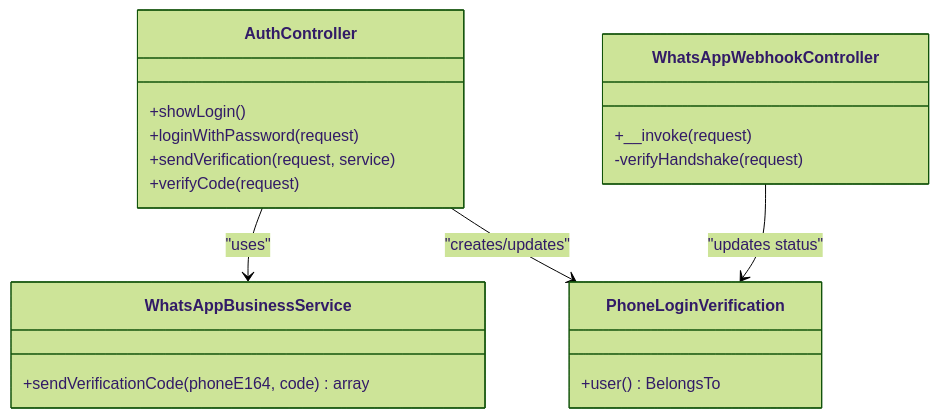
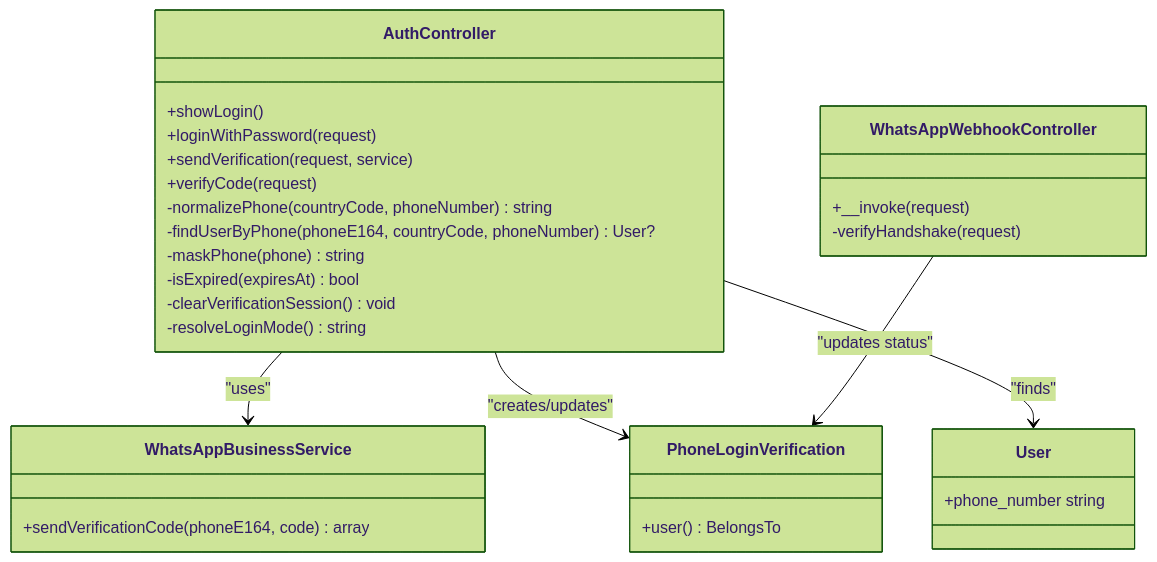
The third of 3 diagrams in .qoder/repowiki/en/content/API Documentation/Authentication API.md (rudicatsmile/assesment360), drawn with Mermaid (forest theme) before and after one commit. The commit also changed other lines of this file and 5 other files, not shown here.

````diff
--- a/.qoder/repowiki/en/content/API Documentation/Authentication API.md
+++ b/.qoder/repowiki/en/content/API Documentation/Authentication API.md
@@ -340,22 +352,32 @@
 ```mermaid
 classDiagram
 class AuthController {
 +showLogin()
 +loginWithPassword(request)
 +sendVerification(request, service)
 +verifyCode(request)
+-normalizePhone(countryCode, phoneNumber) string
+-findUserByPhone(phoneE164, countryCode, phoneNumber) User?
+-maskPhone(phone) string
+-isExpired(expiresAt) bool
+-clearVerificationSession() void
+-resolveLoginMode() string
 }
 class WhatsAppWebhookController {
 +__invoke(request)
 -verifyHandshake(request)
 }
 class WhatsAppBusinessService {
 +sendVerificationCode(phoneE164, code) array
 }
 class PhoneLoginVerification {
 +user() BelongsTo
 }
+class User {
++phone_number string
+}
 AuthController --> WhatsAppBusinessService : "uses"
 AuthController --> PhoneLoginVerification : "creates/updates"
+AuthController --> User : "finds"
 WhatsAppWebhookController --> PhoneLoginVerification : "updates status"
 ```
````
